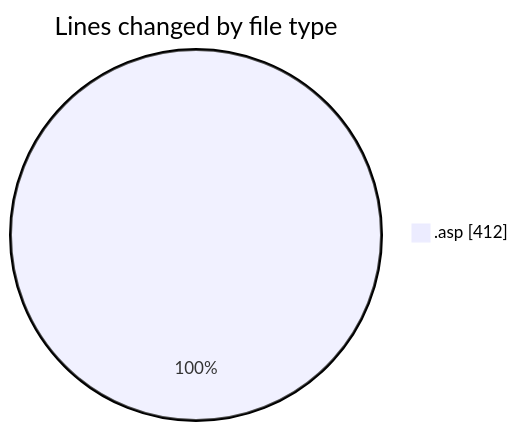
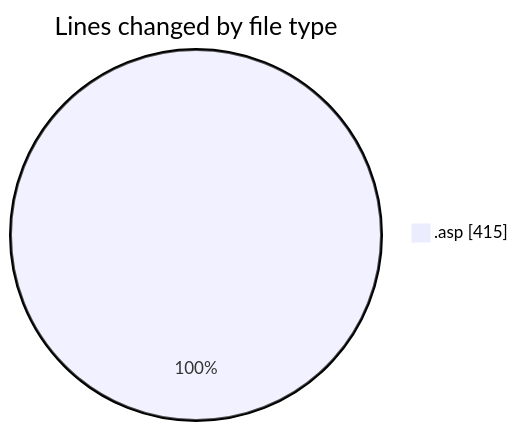
Before and after one commit to julien-gomy/code-tracking: the first of 2 diagrams in 2025-11-12/cdp_aleoudev_fr__workspace_/README.md, drawn with Mermaid. The commit also changed other lines of this file and 1 other file, not shown here.

````diff
--- a/2025-11-12/cdp_aleoudev_fr__workspace_/README.md
+++ b/2025-11-12/cdp_aleoudev_fr__workspace_/README.md
@@ -22,5 +22,5 @@
 ```mermaid
 pie showData
 title Lines changed by file type
-".asp" : 412
+".asp" : 415
 ```
````
